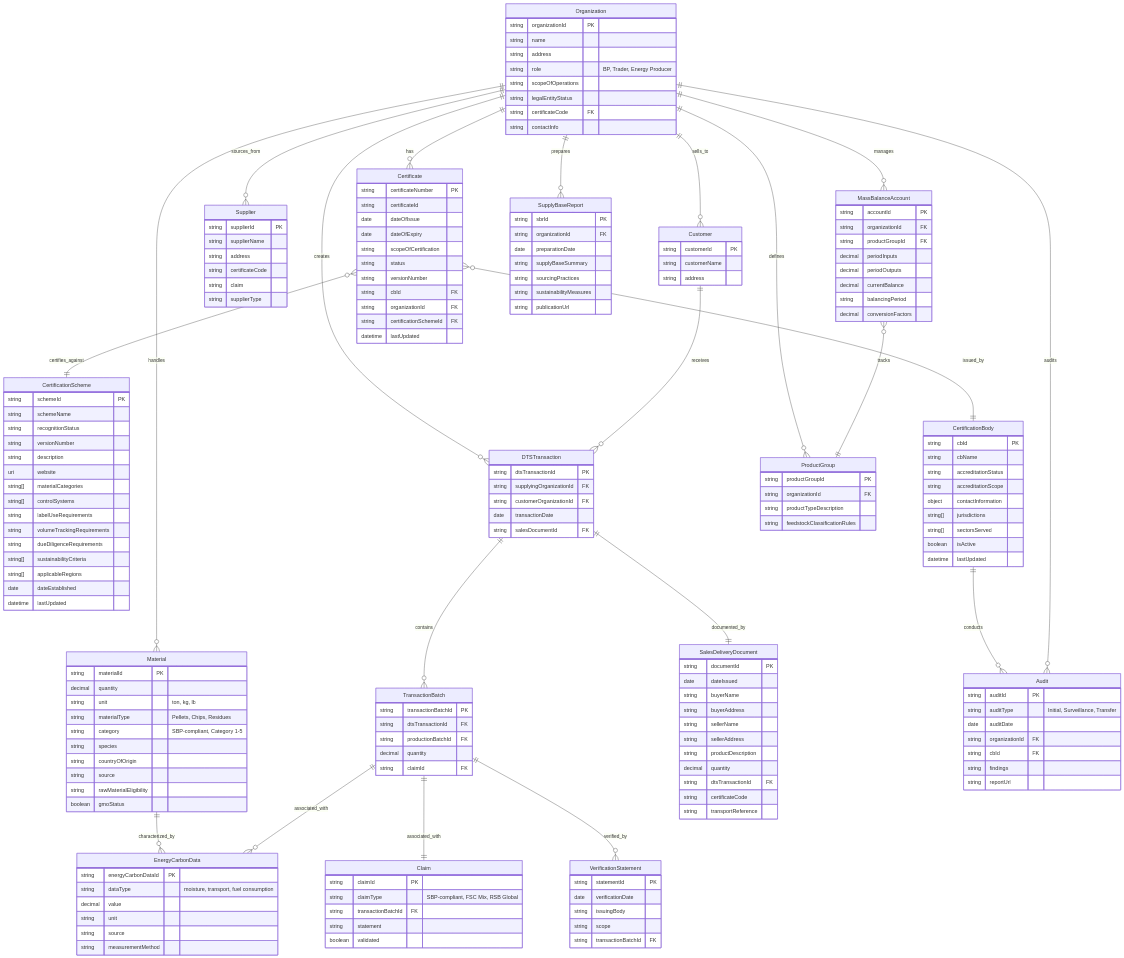
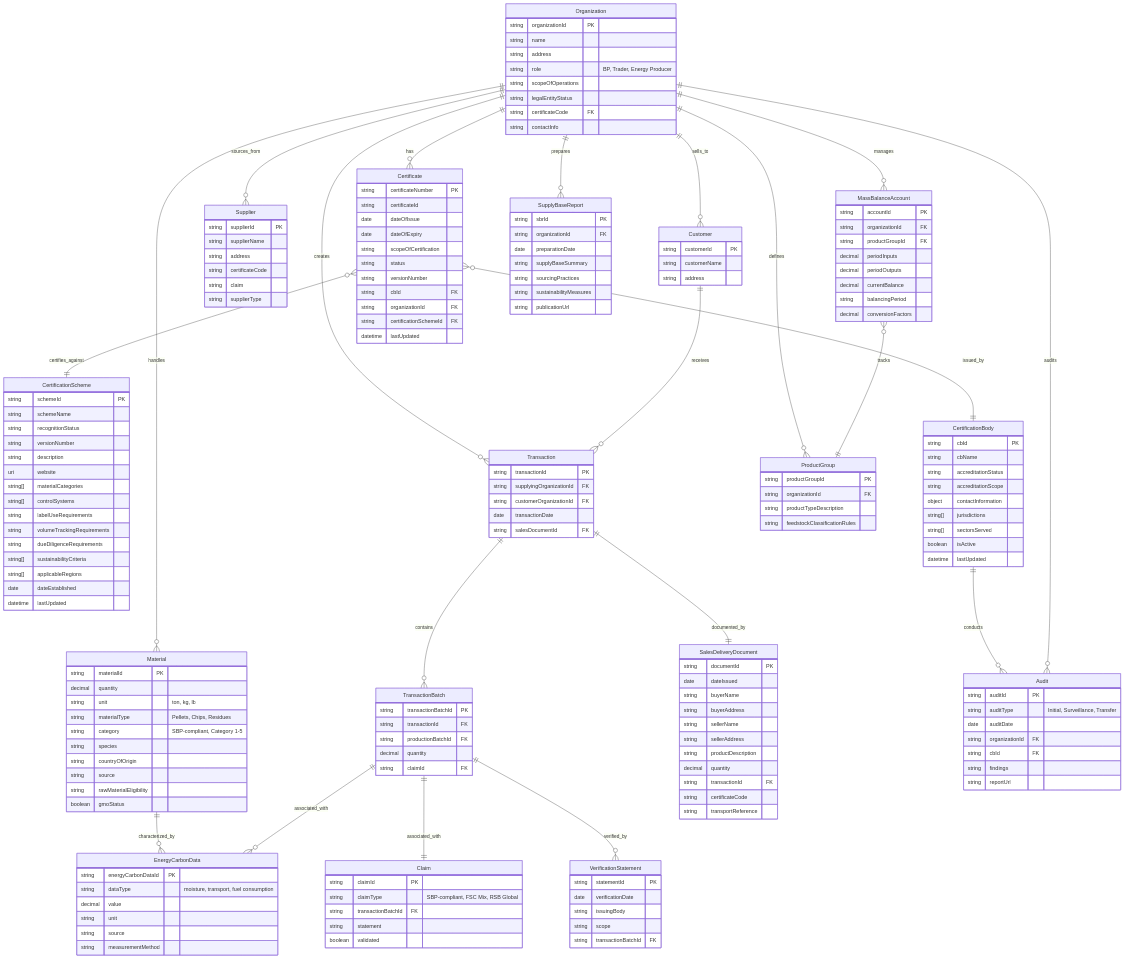
The diagram in drafts/images/boost_erd.mermaid (carbondirect/BOOST), drawn with Mermaid before and after one commit. The commit also changed 6 other files, not shown here.

```diff
--- a/drafts/images/boost_erd.mermaid
+++ b/drafts/images/boost_erd.mermaid
@@ -89,8 +89,8 @@
     }
     
     %% Transaction Management
-    DTSTransaction {
-        string dtsTransactionId PK
+    Transaction {
+        string transactionId PK
         string supplyingOrganizationId FK
         string customerOrganizationId FK
         date transactionDate
@@ -99,7 +99,7 @@
     
     TransactionBatch {
         string transactionBatchId PK
-        string dtsTransactionId FK
+        string transactionId FK
         string productionBatchId FK
         decimal quantity
         string claimId FK
@@ -122,7 +122,7 @@
         string sellerAddress
         string productDescription
         decimal quantity
-        string dtsTransactionId FK
+        string transactionId FK
         string certificateCode
         string transportReference
     }
@@ -198,15 +198,15 @@
     
     %% Supply Chain Relationships
     Organization ||--o{ Material : "handles"
-    Organization ||--o{ DTSTransaction : "creates"
+    Organization ||--o{ Transaction : "creates"
     Organization ||--o{ Supplier : "sources_from"
     Organization ||--o{ Customer : "sells_to"
     
-    Customer ||--o{ DTSTransaction : "receives"
+    Customer ||--o{ Transaction : "receives"
     
     %% Transaction and Batch Relationships
-    DTSTransaction ||--o{ TransactionBatch : "contains"
-    DTSTransaction ||--|| SalesDeliveryDocument : "documented_by"
+    Transaction ||--o{ TransactionBatch : "contains"
+    Transaction ||--|| SalesDeliveryDocument : "documented_by"
     TransactionBatch ||--|| Claim : "associated_with"
     TransactionBatch ||--o{ VerificationStatement : "verified_by"
     
```
